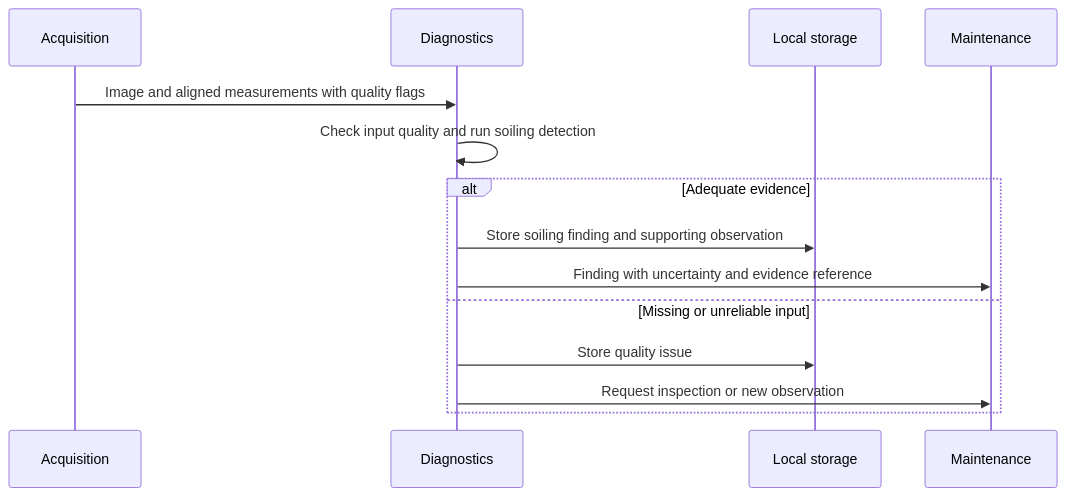
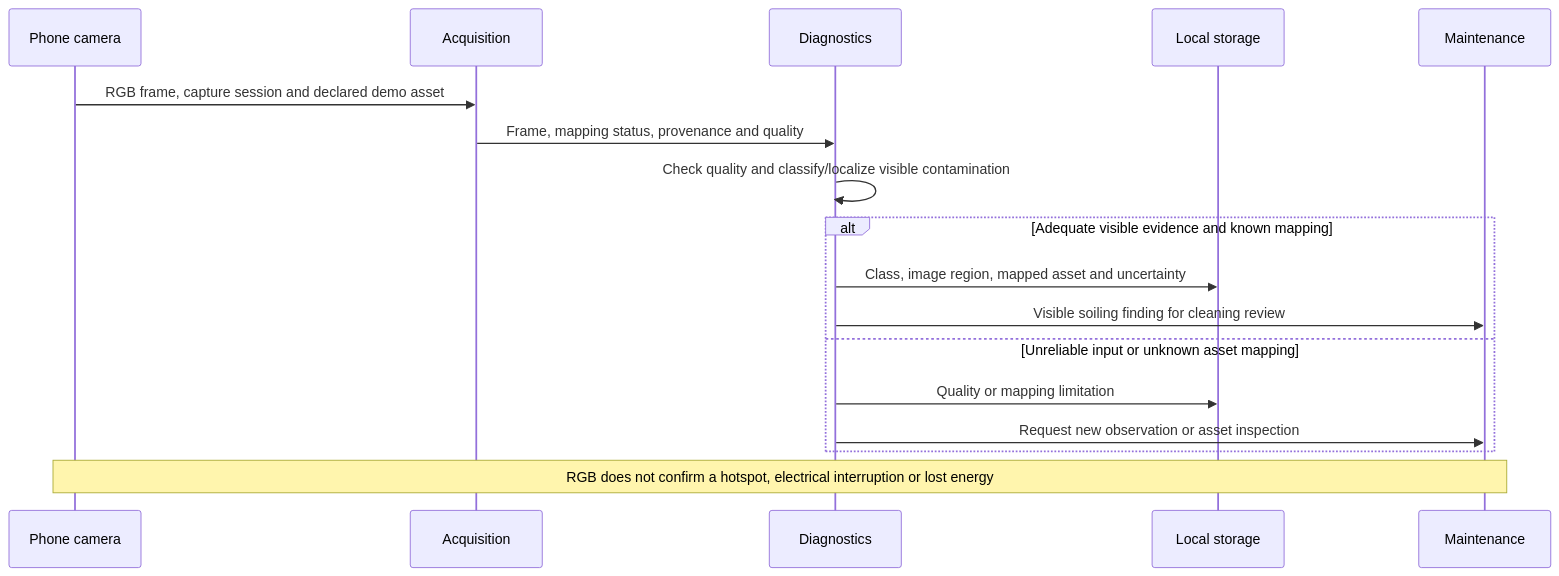
The diagram in docs/architecture/flows/detect-soiling.md (B-AROL-O/hackturin-2026), drawn with Mermaid before and after one commit. The commit also changed other lines of this file and 28 other files, not shown here.

Commit message:
docs(poopvolt): renew company offer, architecture and pitch

````diff
--- a/docs/architecture/flows/detect-soiling.md
+++ b/docs/architecture/flows/detect-soiling.md
@@ -10,16 +10,19 @@
 ```mermaid
 sequenceDiagram
+    participant P as Phone camera
     participant A as Acquisition
     participant D as Diagnostics
     participant S as Local storage
     participant M as Maintenance
-    A->>D: Image and aligned measurements with quality flags
-    D->>D: Check input quality and run soiling detection
-    alt Adequate evidence
-        D->>S: Store soiling finding and supporting observation
-        D->>M: Finding with uncertainty and evidence reference
-    else Missing or unreliable input
-        D->>S: Store quality issue
-        D->>M: Request inspection or new observation
+    P->>A: RGB frame, capture session and declared demo asset
+    A->>D: Frame, mapping status, provenance and quality
+    D->>D: Check quality and classify/localize visible contamination
+    alt Adequate visible evidence and known mapping
+        D->>S: Class, image region, mapped asset and uncertainty
+        D->>M: Visible soiling finding for cleaning review
+    else Unreliable input or unknown asset mapping
+        D->>S: Quality or mapping limitation
+        D->>M: Request new observation or asset inspection
     end
+    Note over P,M: RGB does not confirm a hotspot, electrical interruption or lost energy
 ```
````
